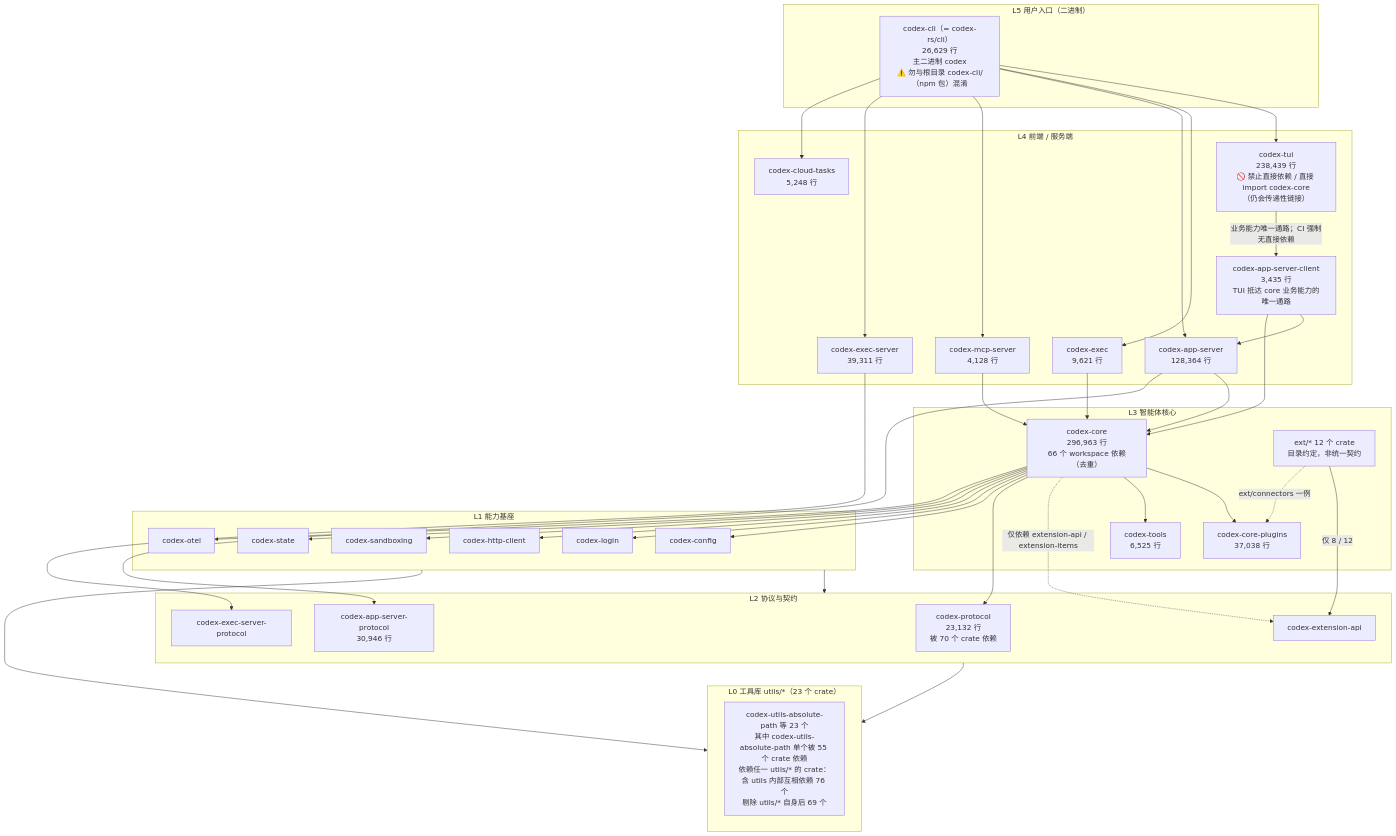
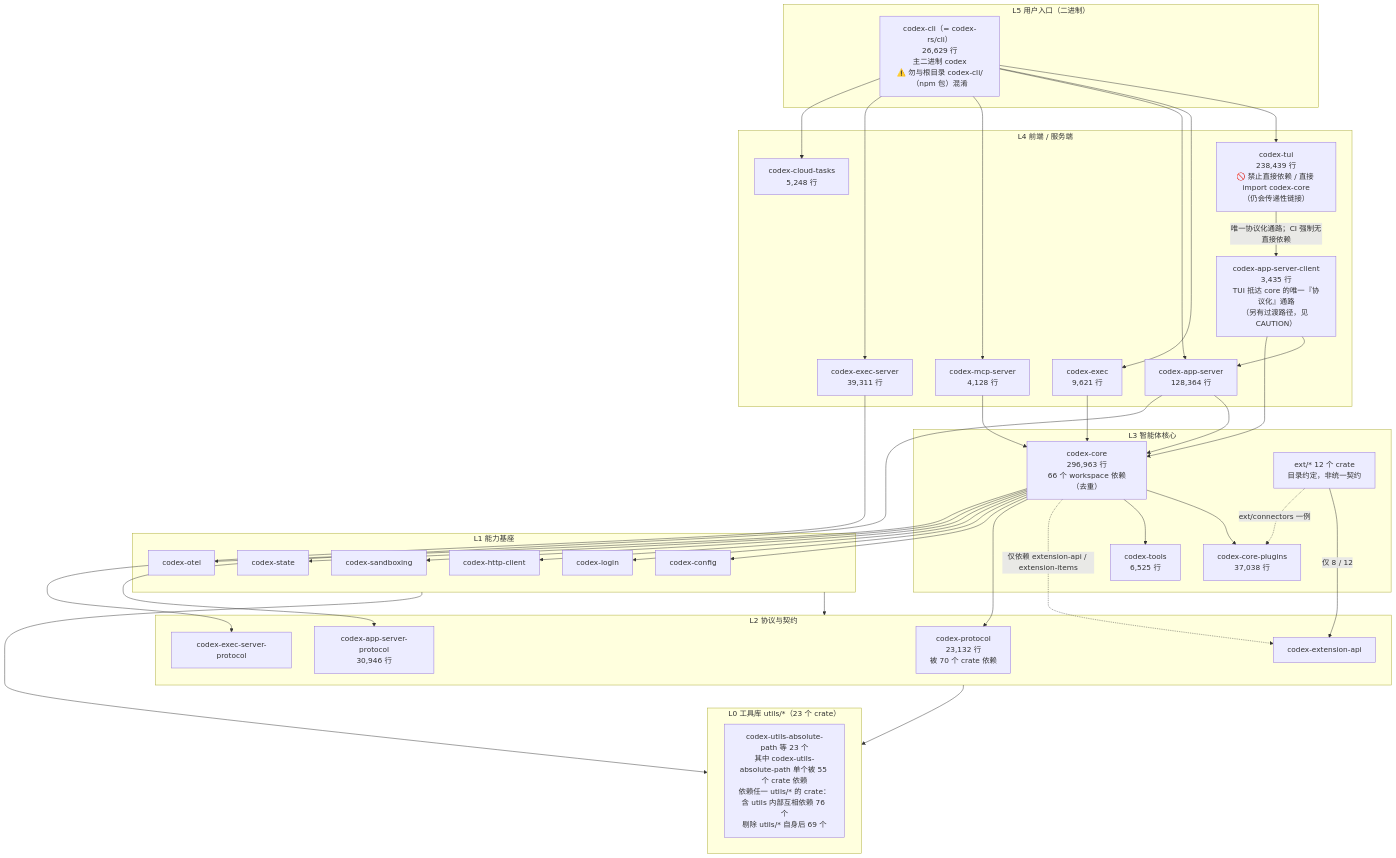
One commit to zibuyu2015831/codex changed the diagram in dev_docs/crate_map.md. Above: the diagram before and after it, drawn with Mermaid. The commit also changed other lines of this file and 2 other files, not shown here.

First line of the commit message:
docs(dev_docs): 批次 1 — 修订 architecture_overview 与 crate_map

````diff
--- a/dev_docs/crate_map.md
+++ b/dev_docs/crate_map.md
@@ -79,58 +91,58 @@
 ```mermaid
 graph TD
     subgraph L5["L5 用户入口（二进制）"]
         CLI["codex-cli（= codex-rs/cli）<br/>26,629 行<br/>主二进制 codex<br/>⚠️ 勿与根目录 codex-cli/（npm 包）混淆"]
     end
 
     subgraph L4["L4 前端 / 服务端"]
         TUI["codex-tui<br/>238,439 行<br/>🚫 禁止直接依赖 / 直接 import codex-core<br/>（仍会传递性链接）"]
-        ASCLIENT["codex-app-server-client<br/>3,435 行<br/>TUI 抵达 core 业务能力的唯一通路"]
+        ASCLIENT["codex-app-server-client<br/>3,435 行<br/>TUI 抵达 core 的唯一『协议化』通路<br/>（另有过渡路径，见 CAUTION）"]
         EXEC["codex-exec<br/>9,621 行"]
         APPSRV["codex-app-server<br/>128,364 行"]
         MCPSRV["codex-mcp-server<br/>4,128 行"]
         EXECSRV["codex-exec-server<br/>39,311 行"]
         CLOUD["codex-cloud-tasks<br/>5,248 行"]
     end
 
     subgraph L3["L3 智能体核心"]
         CORE["codex-core<br/>296,963 行<br/>66 个 workspace 依赖（去重）"]
         PLUGINS["codex-core-plugins<br/>37,038 行"]
         TOOLS["codex-tools<br/>6,525 行"]
         EXT["ext/* 12 个 crate<br/>目录约定，非统一契约"]
     end
 
     subgraph L2["L2 协议与契约"]
         PROTO["codex-protocol<br/>23,132 行<br/>被 70 个 crate 依赖"]
         ASPROTO["codex-app-server-protocol<br/>30,946 行"]
         ESPROTO["codex-exec-server-protocol"]
         EXTAPI["codex-extension-api"]
     end
 
     subgraph L1["L1 能力基座"]
         CONFIG["codex-config"]
         LOGIN["codex-login"]
         HTTP["codex-http-client"]
         SANDBOX["codex-sandboxing"]
         STATE["codex-state"]
         OTEL["codex-otel"]
     end
 
     subgraph L0["L0 工具库 utils/*（23 个 crate）"]
         UTILS["codex-utils-absolute-path 等 23 个<br/>其中 codex-utils-absolute-path 单个被 55 个 crate 依赖<br/>依赖任一 utils/* 的 crate：含 utils 内部互相依赖 76 个<br/>剔除 utils/* 自身后 69 个"]
     end
 
     CLI --> TUI & EXEC & APPSRV & MCPSRV & EXECSRV & CLOUD
-    TUI -->|业务能力唯一通路；CI 强制无直接依赖| ASCLIENT
+    TUI -->|唯一协议化通路；CI 强制无直接依赖| ASCLIENT
     ASCLIENT --> APPSRV & CORE
     EXEC & APPSRV & MCPSRV --> CORE
     CORE --> PLUGINS & TOOLS
     CORE -.仅依赖 extension-api / extension-items.-> EXTAPI
     CORE --> PROTO & CONFIG & LOGIN & HTTP & SANDBOX & STATE & OTEL
     APPSRV --> ASPROTO
     EXECSRV --> ESPROTO
     EXT -->|仅 8 / 12| EXTAPI
     EXT -.ext/connectors 一例.-> PLUGINS
     L1 --> L2
     L2 --> L0
     L1 --> L0
 ```
````
